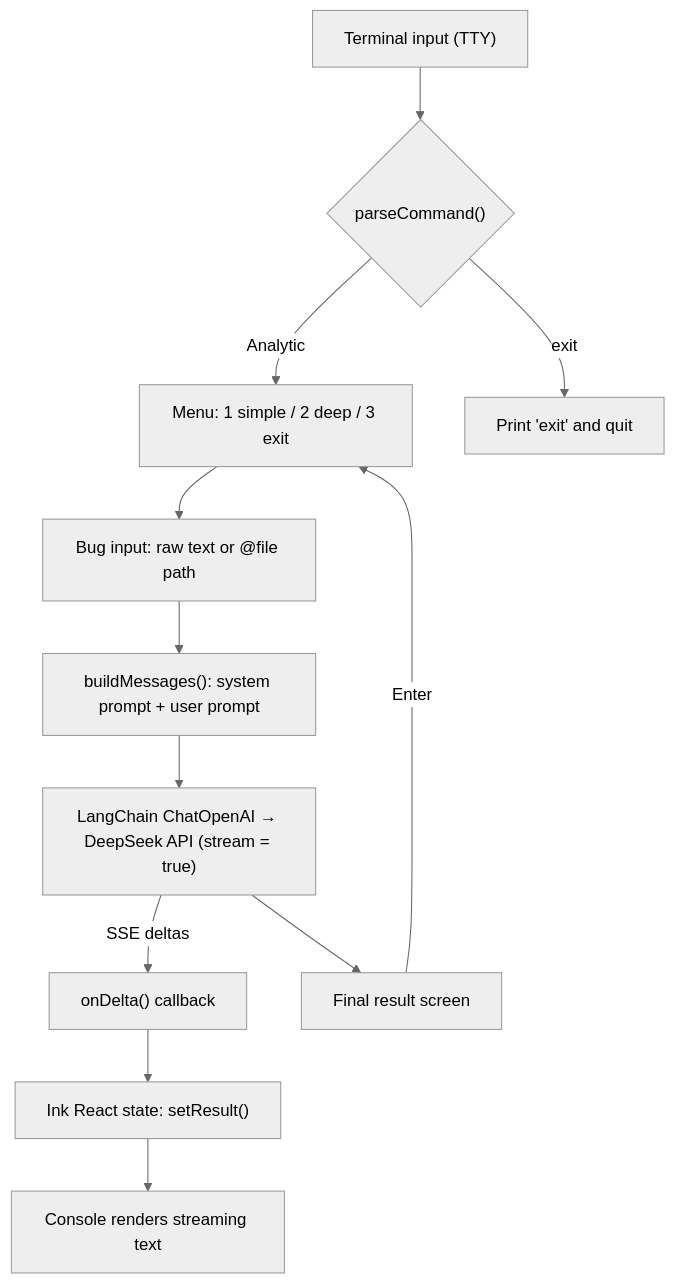
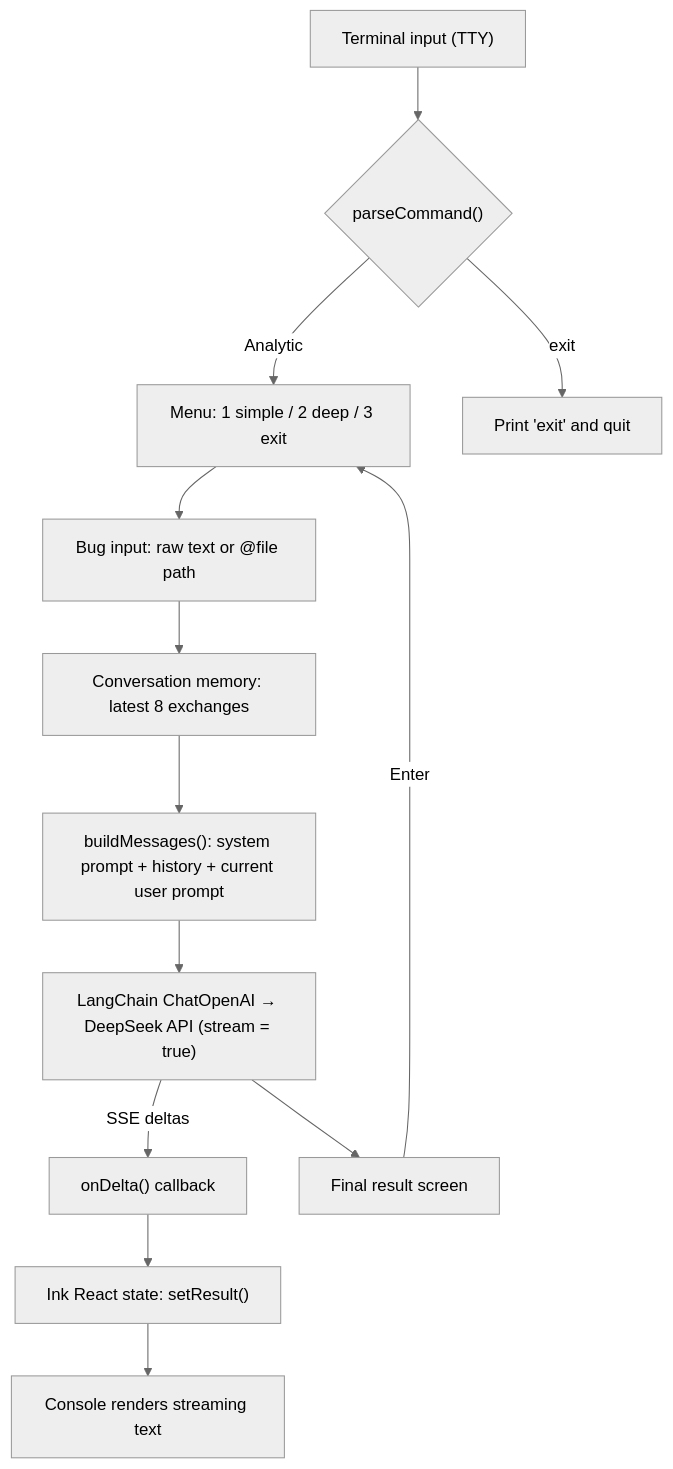
Before and after one commit to TJYOYO/BugAnalytic-Agent: the first of 2 diagrams in README.md, drawn with Mermaid (neutral theme). The commit also changed other lines of this file and 8 other files, not shown here.

````diff
--- a/README.md
+++ b/README.md
@@ -72,14 +74,15 @@
 ```mermaid
 flowchart TD
     A["Terminal input (TTY)"] --> B{"parseCommand()"}
     B -->|"Analytic"| C["Menu: 1 simple / 2 deep / 3 exit"]
     B -->|"exit"| Z["Print 'exit' and quit"]
     C --> D["Bug input: raw text or @file path"]
-    D --> E["buildMessages(): system prompt + user prompt"]
+    D --> M["Conversation memory: latest 8 exchanges"]
+    M --> E["buildMessages(): system prompt + history + current user prompt"]
     E --> F["LangChain ChatOpenAI → DeepSeek API (stream = true)"]
     F -->|"SSE deltas"| G["onDelta() callback"]
     G --> H["Ink React state: setResult()"]
     H --> I["Console renders streaming text"]
     F --> J["Final result screen"]
     J -->|"Enter"| C
 ```
````
